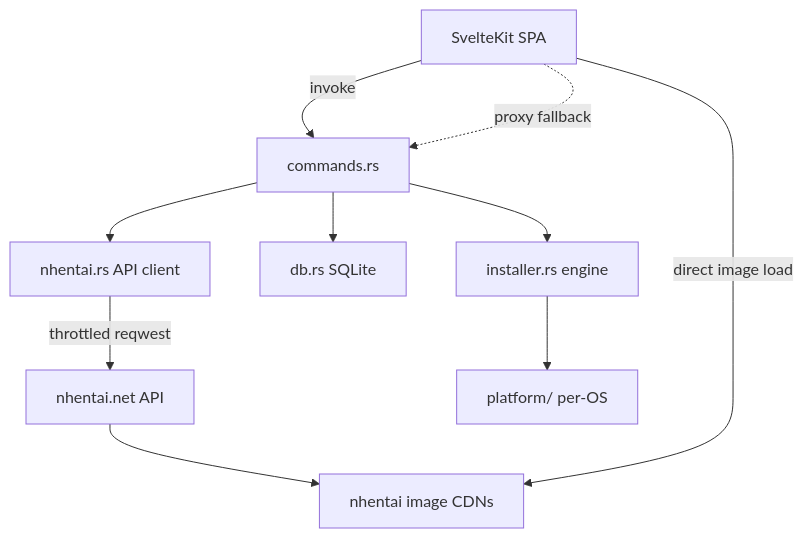
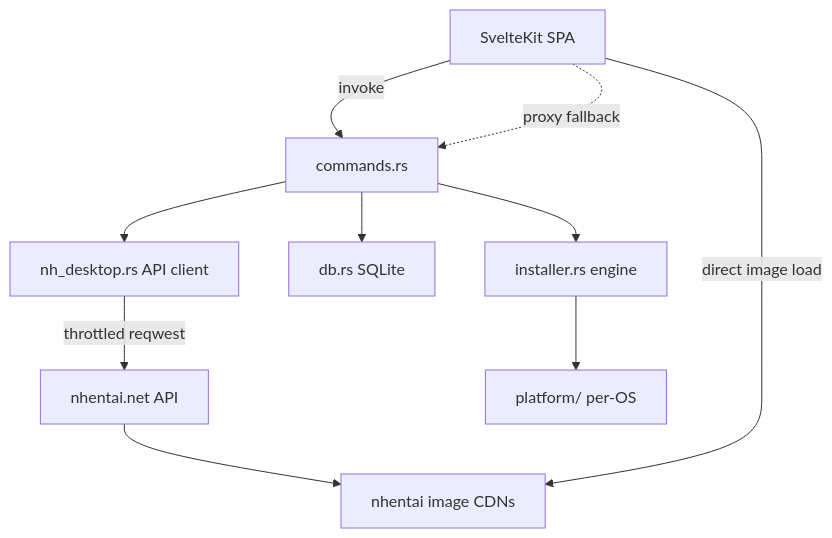
One commit to HELIX-Origin/nhentai-desktop changed the diagram in README.md. Above: the diagram before and after it, drawn with Mermaid. The commit also changed other lines of this file and 105 other files, not shown here.

````diff
--- a/README.md
+++ b/README.md
@@ -76,12 +76,12 @@
 ```mermaid
 flowchart TD
     A[SvelteKit SPA] -->|"invoke"| B[commands.rs]
-    B --> C[nhentai.rs API client]
+    B --> C[nh_desktop.rs API client]
     B --> D[db.rs SQLite]
     B --> E[installer.rs engine]
     C -->|"throttled reqwest"| F[nhentai.net API]
     F --> G[nhentai image CDNs]
     A -->|"direct image load"| G
     A -.->|"proxy fallback"| B
     E --> H[platform/ per-OS]
 ```
````
